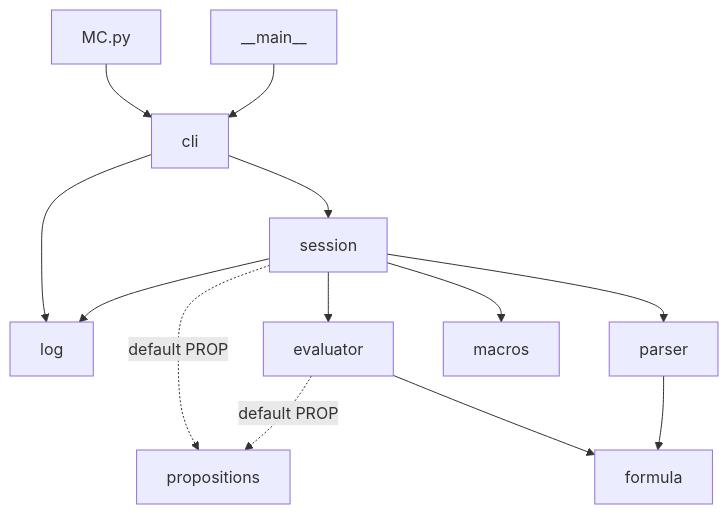
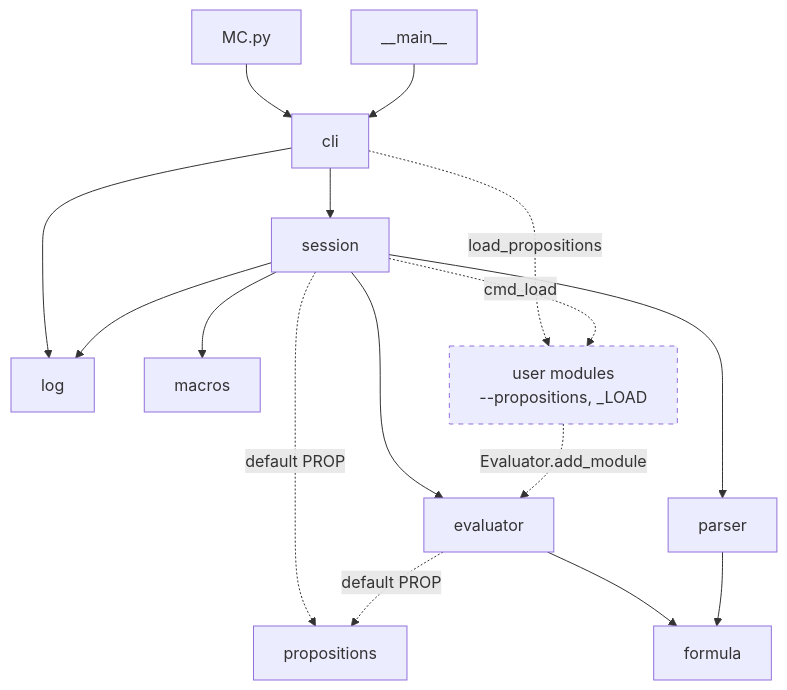
Before and after one commit to jfabra/SemanticDLTL: the first of 2 diagrams in docs/architecture.md, drawn with Mermaid. The commit also changed other lines of this file, not shown here.

Commit message:
architecture: user modules in the dependency graph and _LOAD in the pipeline

````diff
--- a/docs/architecture.md
+++ b/docs/architecture.md
@@ -111,15 +111,20 @@
 ```mermaid
 graph TD
     MC[MC.py] --> cli
     main[__main__] --> cli
     cli --> session
     cli --> log
     session --> evaluator
     session --> parser
     session --> macros
     session --> log
     session -.->|default PROP| propositions
     evaluator --> formula
     evaluator -.->|default PROP| propositions
     parser --> formula
+    user[user modules<br>--propositions, _LOAD]:::rt
+    cli -.->|load_propositions| user
+    session -.->|cmd_load| user
+    user -.->|Evaluator.add_module| evaluator
+    classDef rt stroke-dasharray: 5 5
 ```
````
